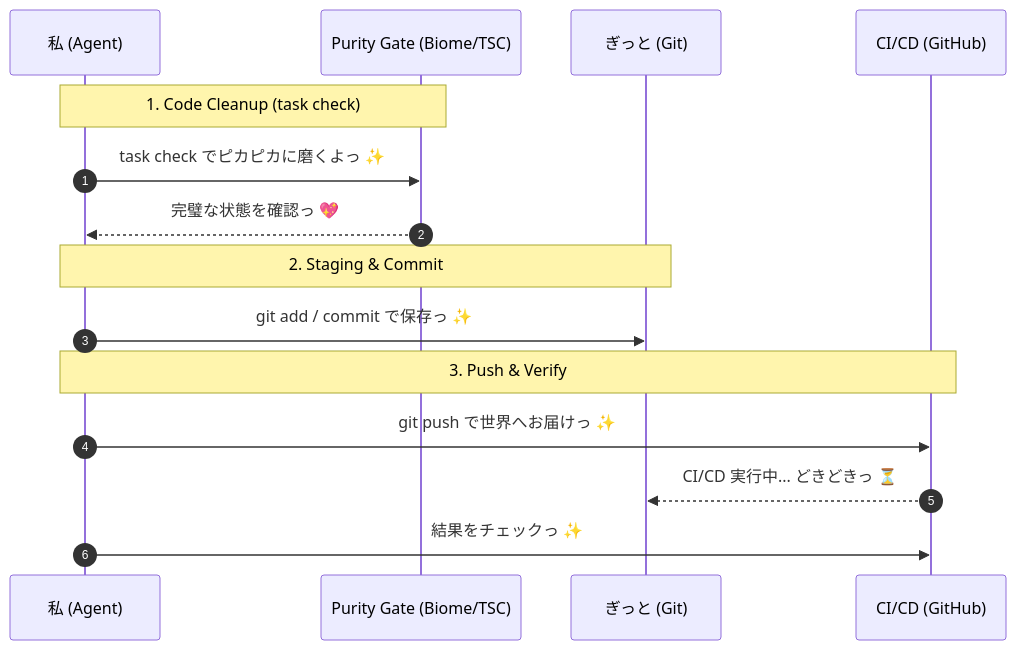
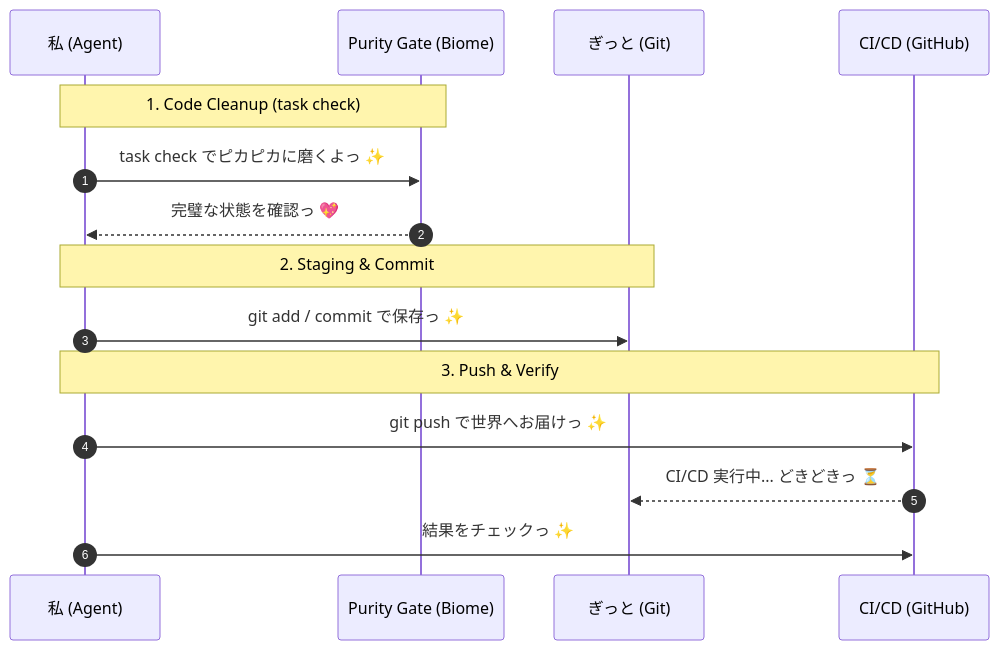
One commit to KAFKA2306/investor changed the diagram in .agent/workflows/git.md. Above: the diagram before and after it, drawn with Mermaid. The commit also changed other lines of this file and 6 other files, not shown here.

````diff
--- a/.agent/workflows/git.md
+++ b/.agent/workflows/git.md
@@ -44,20 +44,20 @@
 ```mermaid
 sequenceDiagram
     autonumber
     participant D as 私 (Agent)
-    participant P as Purity Gate (Biome/TSC)
+    participant P as Purity Gate (Biome)
     participant G as ぎっと (Git)
     participant C as CI/CD (GitHub)
 
     Note over D,P: 1. Code Cleanup (task check)
     D->>P: task check でピカピカに磨くよっ ✨
     P-->>D: 完璧な状態を確認っ 💖
     
     Note over D,G: 2. Staging & Commit
     D->>G: git add / commit で保存っ ✨
     
     Note over D,C: 3. Push & Verify
     D->>C: git push で世界へお届けっ ✨
     C-->>G: CI/CD 実行中... どきどきっ ⏳
     D->>C: 結果をチェックっ ✨
 ```
````
